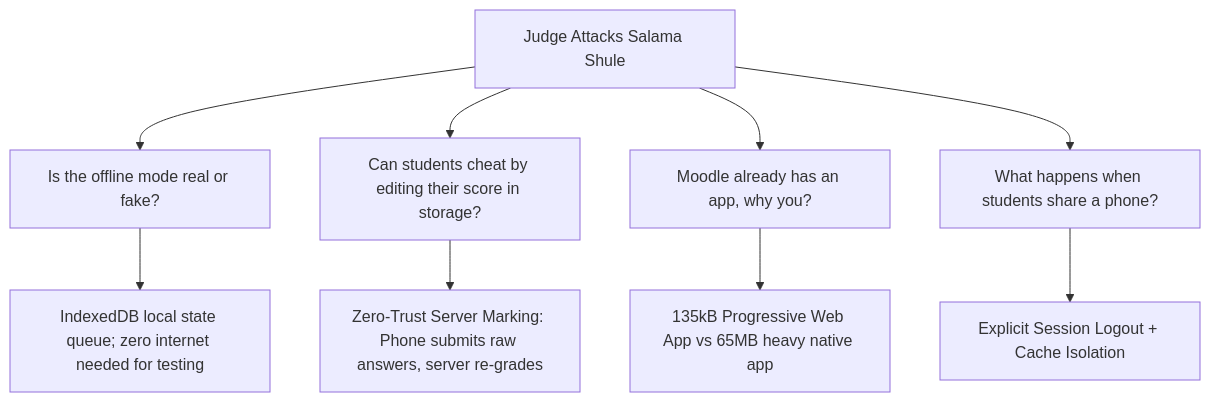
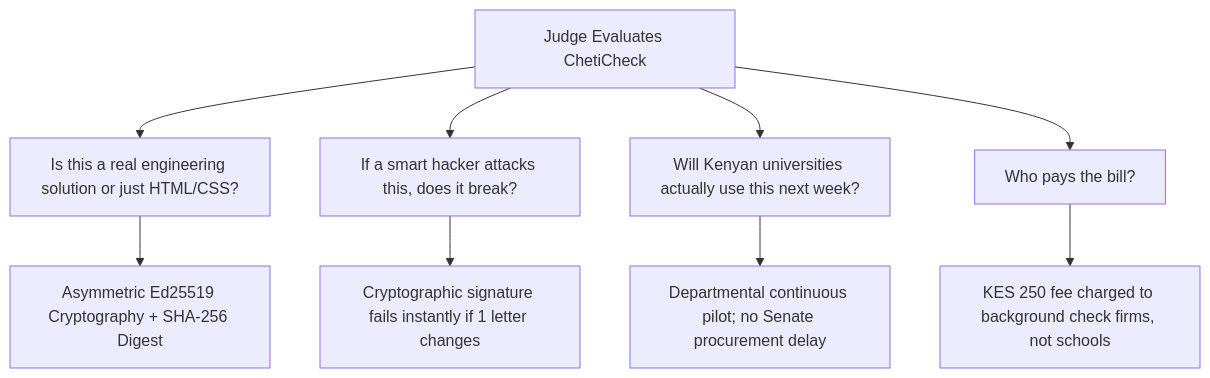
One commit to DavidMarkNjogu/salama-shule changed the first of 2 diagrams in docs/JUDGE_DEFENSE_MANUAL.md. Above: the diagram before and after it, drawn with Mermaid. The commit also changed other lines of this file and 2 other files, not shown here.

````diff
--- a/docs/JUDGE_DEFENSE_MANUAL.md
+++ b/docs/JUDGE_DEFENSE_MANUAL.md
@@ -17,13 +16,13 @@
 ```mermaid
 flowchart TD
-    Judge["Judge Attacks Salama Shule"]
-    Judge --> A1["Is the offline mode real or fake?"]
-    Judge --> A2["Can students cheat by editing their score in storage?"]
-    Judge --> A3["Moodle already has an app, why you?"]
-    Judge --> A4["What happens when students share a phone?"]
+    Judge["Judge Evaluates ChetiCheck"]
+    Judge --> Q1["Is this a real engineering solution or just HTML/CSS?"]
+    Judge --> Q2["If a smart hacker attacks this, does it break?"]
+    Judge --> Q3["Will Kenyan universities actually use this next week?"]
+    Judge --> Q4["Who pays the bill?"]
     
-    A1 --> D1["IndexedDB local state queue; zero internet needed for testing"]
-    A2 --> D2["Zero-Trust Server Marking: Phone submits raw answers, server re-grades"]
-    A3 --> D3["135kB Progressive Web App vs 65MB heavy native app"]
-    A4 --> D4["Explicit Session Logout + Cache Isolation"]
+    Q1 --> Answer1["Asymmetric Ed25519 Cryptography + SHA-256 Digest"]
+    Q2 --> Answer2["Cryptographic signature fails instantly if 1 letter changes"]
+    Q3 --> Answer3["Departmental continuous pilot; no Senate procurement delay"]
+    Q4 --> Answer4["KES 250 fee charged to background check firms, not schools"]
 ```
````
